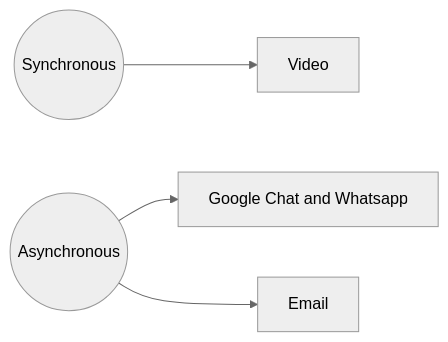
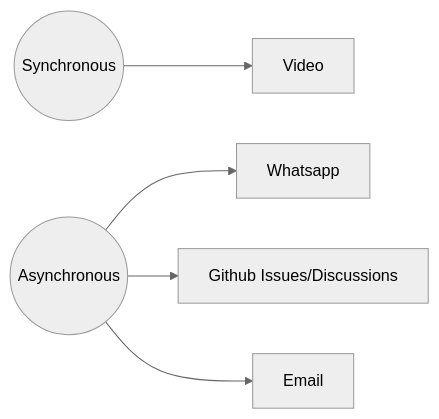
Before and after one commit to life-itself/community: the diagram in content/tao/onboarding.md, drawn with Mermaid (neutral theme). The commit also changed other lines of this file and 3 other files, not shown here.

````diff
--- a/content/tao/onboarding.md
+++ b/content/tao/onboarding.md
@@ -173,10 +173,11 @@
 ```mermaid
 graph LR
 
 sync((Synchronous))
 async((Asynchronous))
 
 sync --> video[Video]
-async --> chat[Google Chat and Whatsapp]
+async --> chat[Whatsapp]
+async --> github[Github Issues/Discussions]
 async --> email[Email]
 ```
````
